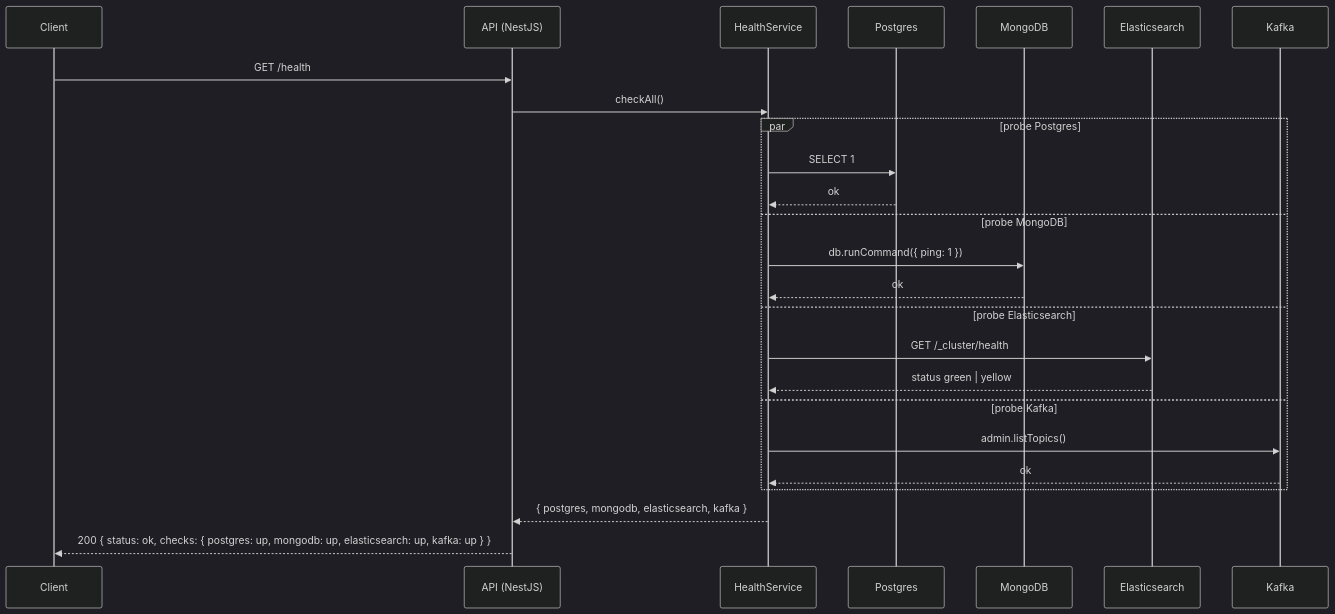
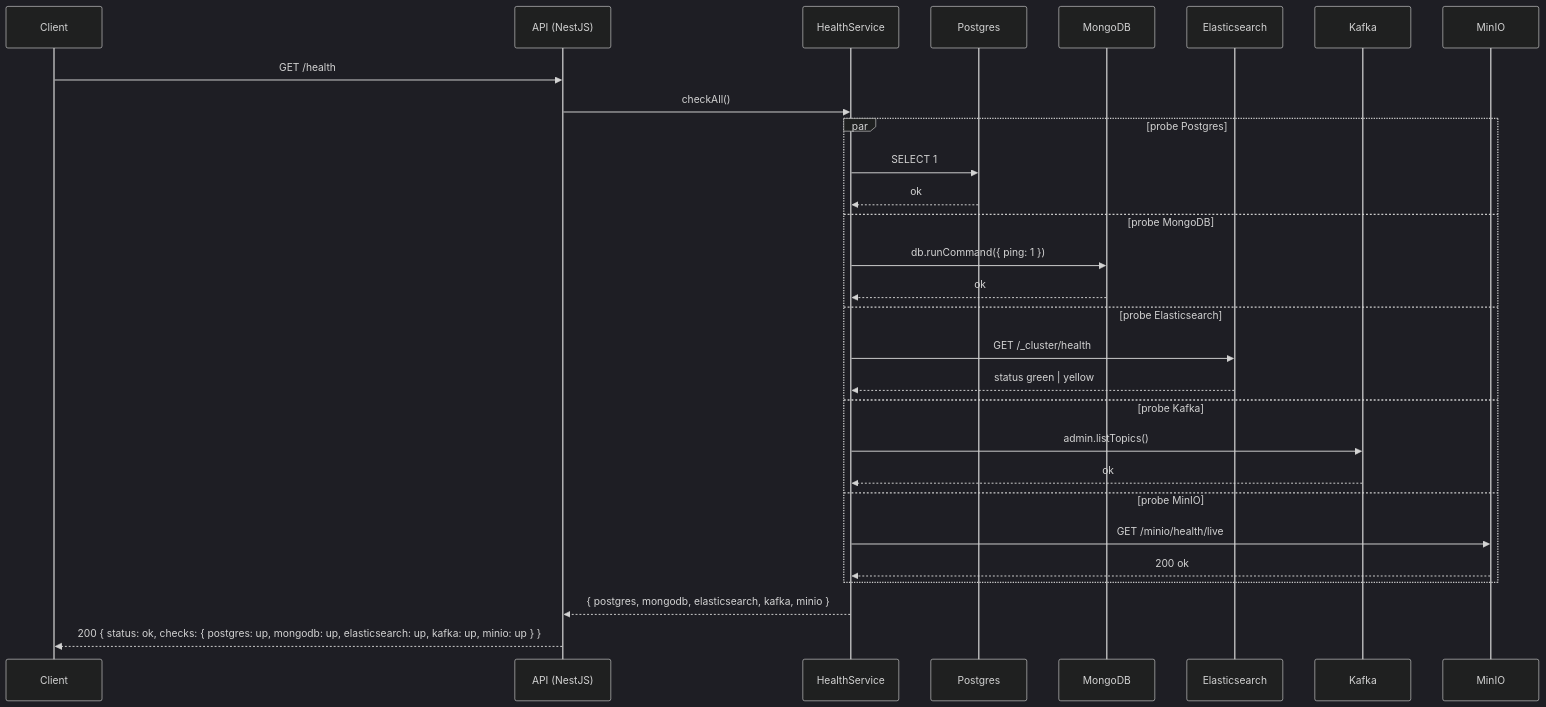
The diagram in phase-1/technical-design/api-design/health.md (alisa-uthi/aliceut-ecom-document), drawn with Mermaid (dark theme) before and after one commit. The commit also changed other lines of this file and 35 other files, not shown here.

````diff
--- a/phase-1/technical-design/api-design/health.md
+++ b/phase-1/technical-design/api-design/health.md
@@ -57,28 +58,32 @@
 ```mermaid
 sequenceDiagram
     participant C as Client
     participant API as API (NestJS)
     participant HS as HealthService
     participant PG as Postgres
     participant MDB as MongoDB
     participant ES as Elasticsearch
     participant KF as Kafka
+    participant MN as MinIO
 
     C->>API: GET /health
     API->>HS: checkAll()
     par probe Postgres
         HS->>PG: SELECT 1
         PG-->>HS: ok
     and probe MongoDB
         HS->>MDB: db.runCommand({ ping: 1 })
         MDB-->>HS: ok
     and probe Elasticsearch
         HS->>ES: GET /_cluster/health
         ES-->>HS: status green | yellow
     and probe Kafka
         HS->>KF: admin.listTopics()
         KF-->>HS: ok
+    and probe MinIO
+        HS->>MN: GET /minio/health/live
+        MN-->>HS: 200 ok
     end
-    HS-->>API: { postgres, mongodb, elasticsearch, kafka }
-    API-->>C: 200 { status: ok, checks: { postgres: up, mongodb: up, elasticsearch: up, kafka: up } }
+    HS-->>API: { postgres, mongodb, elasticsearch, kafka, minio }
+    API-->>C: 200 { status: ok, checks: { postgres: up, mongodb: up, elasticsearch: up, kafka: up, minio: up } }
 ```
````
